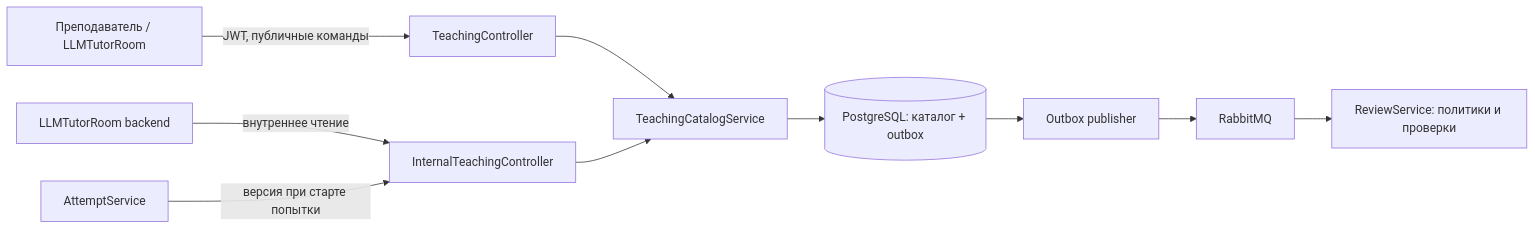
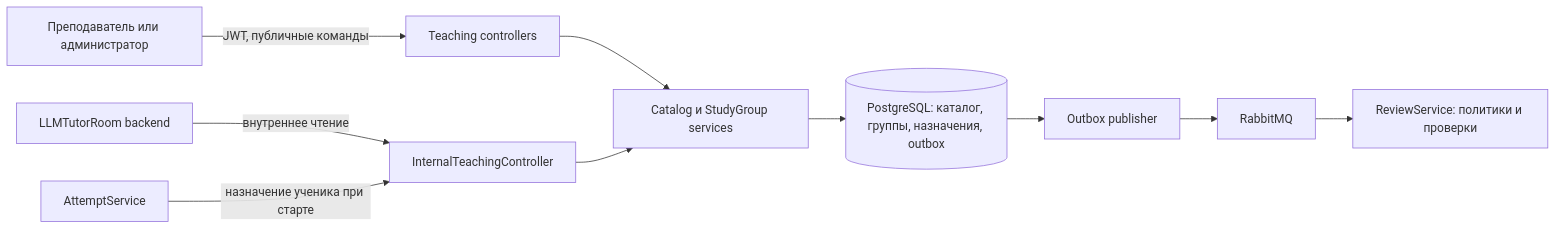
The first of 2 diagrams in docs/teaching-service.md (KomaMix/LLMTutorRoom), drawn with Mermaid before and after one commit. The commit also changed other lines of this file and 99 other files, not shown here.

Commit message:
feat(teaching): add study groups and test assignments

````diff
--- a/docs/teaching-service.md
+++ b/docs/teaching-service.md
@@ -19,12 +21,12 @@
 ```mermaid
 flowchart LR
-    UI[Преподаватель / LLMTutorRoom] -->|JWT, публичные команды| API[TeachingController]
+    UI[Преподаватель или администратор] -->|JWT, публичные команды| API[Teaching controllers]
     Room[LLMTutorRoom backend] -->|внутреннее чтение| Internal[InternalTeachingController]
-    Attempt[AttemptService] -->|версия при старте попытки| Internal
-    API --> Catalog[TeachingCatalogService]
-    Internal --> Catalog
-    Catalog --> DB[(PostgreSQL: каталог + outbox)]
+    Attempt[AttemptService] -->|назначение ученика при старте| Internal
+    API --> Services[Catalog и StudyGroup services]
+    Internal --> Services
+    Services --> DB[(PostgreSQL: каталог, группы, назначения, outbox)]
     DB --> Worker[Outbox publisher]
     Worker --> MQ[RabbitMQ]
     MQ --> Review[ReviewService: политики и проверки]
 ```
````
